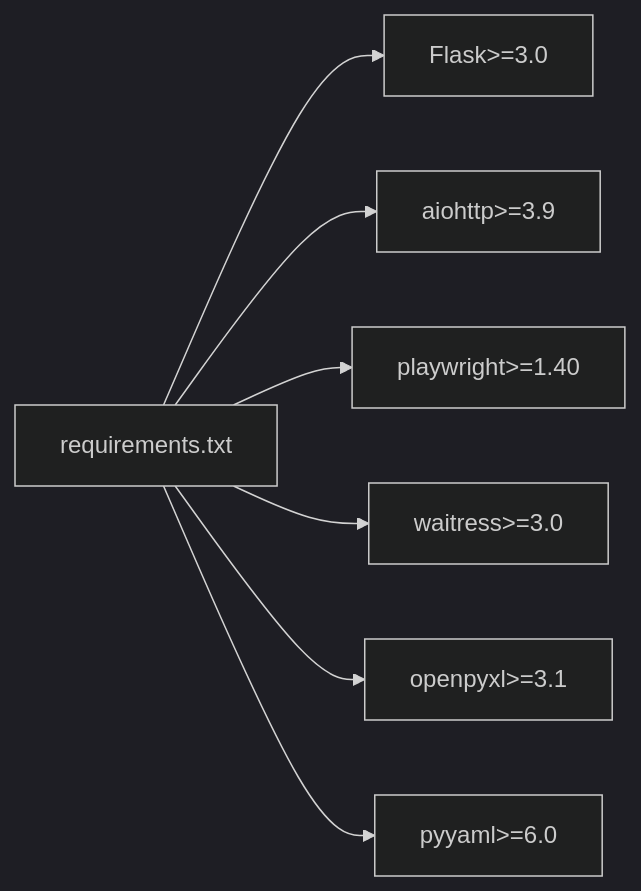
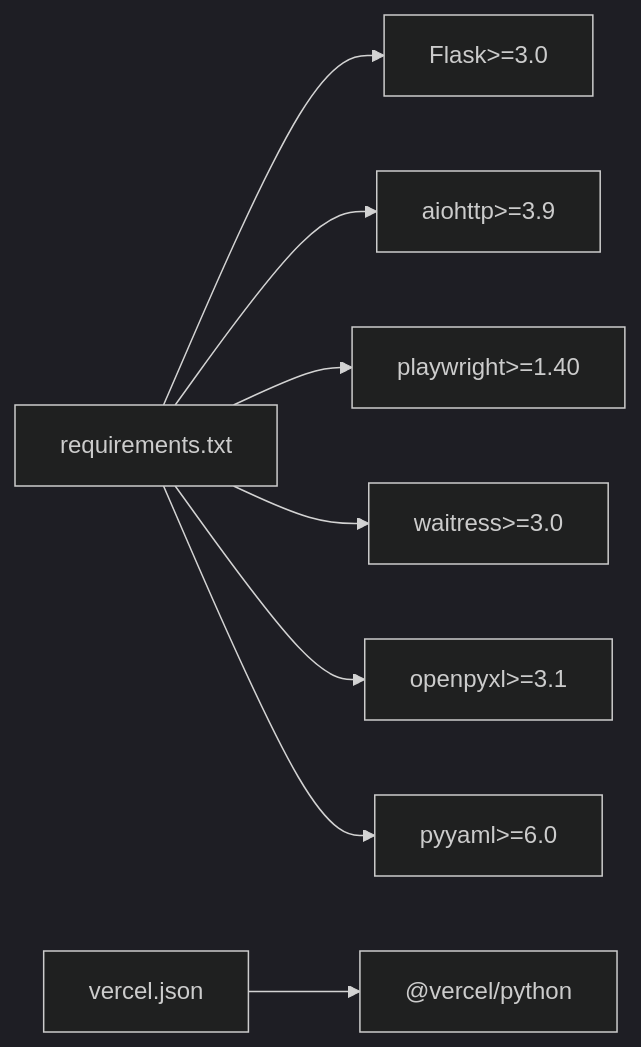
Before and after one commit to oreovan567-pixel/middle-platform-data-collector: the fourth of 4 diagrams in .qoder/repowiki/zh/content/部署运维/部署运维.md, drawn with Mermaid (dark theme). The commit also changed other lines of this file and 9 other files, not shown here.

````diff
--- a/.qoder/repowiki/zh/content/部署运维/部署运维.md
+++ b/.qoder/repowiki/zh/content/部署运维/部署运维.md
@@ -312,9 +380,10 @@
 ```mermaid
 graph LR
 A["requirements.txt"] --> B["Flask>=3.0"]
 A --> C["aiohttp>=3.9"]
 A --> D["playwright>=1.40"]
 A --> E["waitress>=3.0"]
 A --> F["openpyxl>=3.1"]
 A --> G["pyyaml>=6.0"]
+H["vercel.json"] --> I["@vercel/python"]
 ```
````
